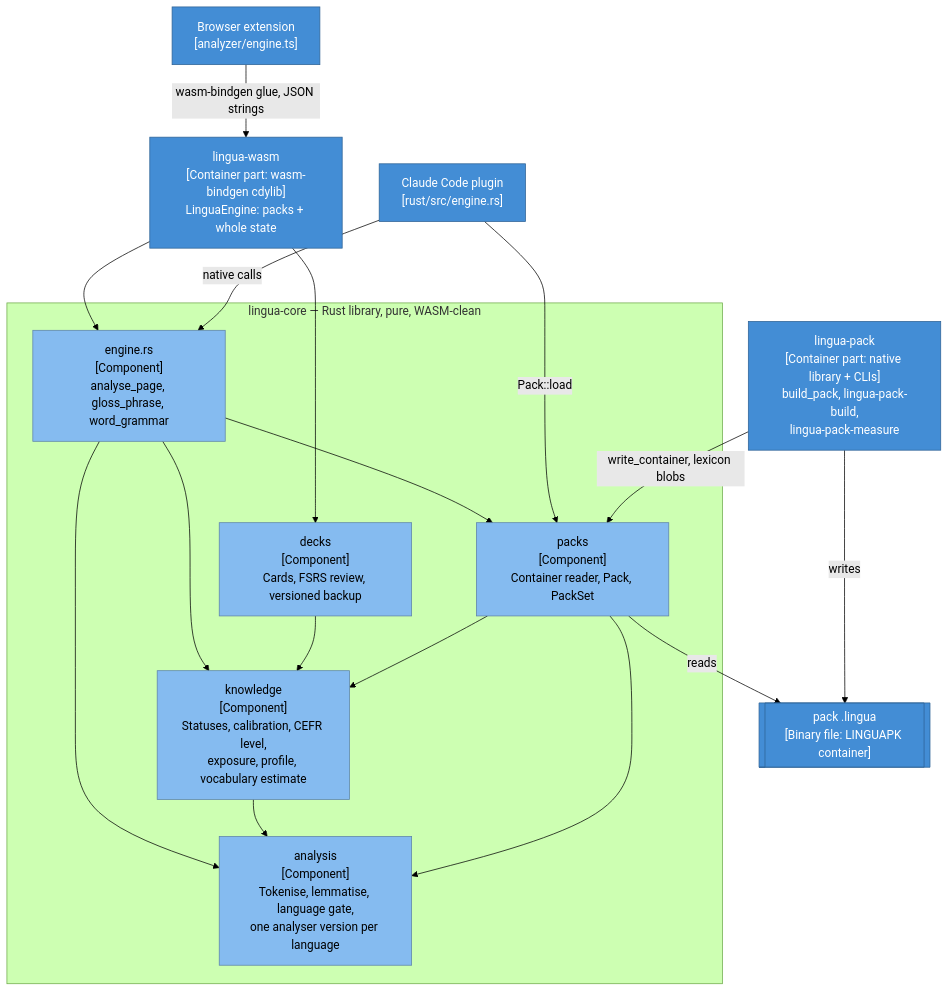
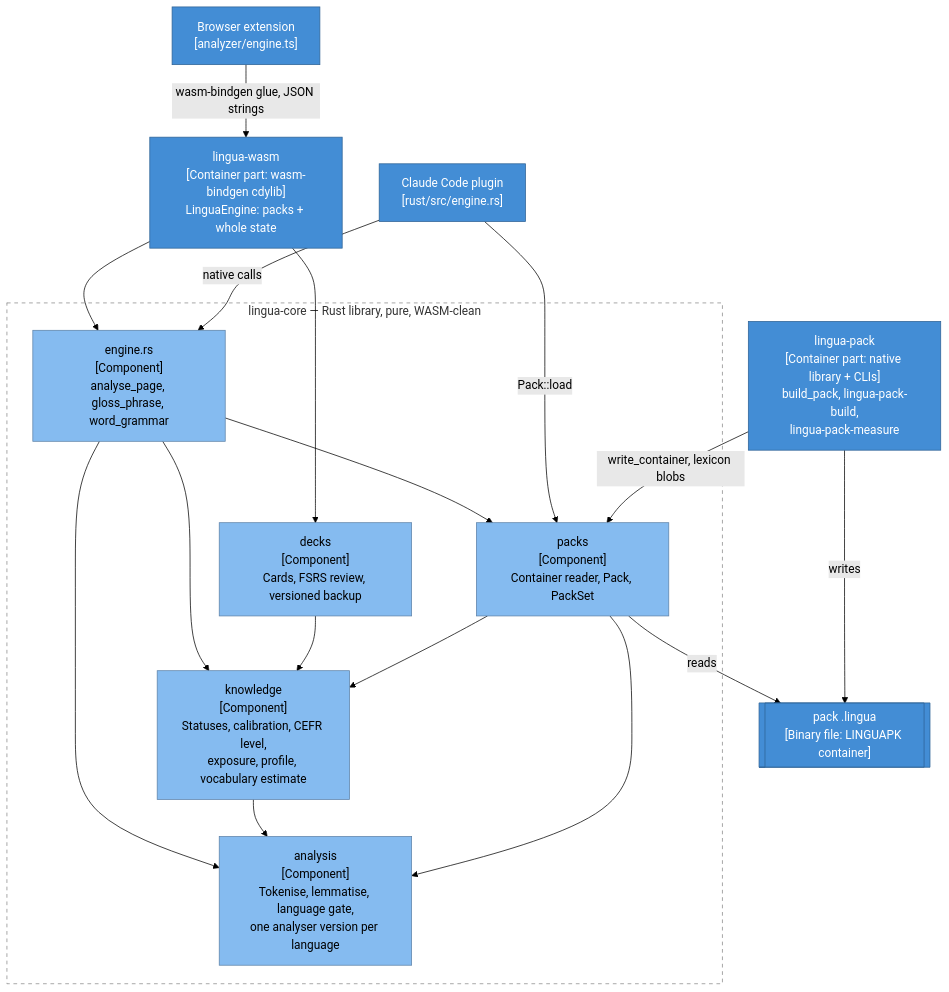
One commit to NEETROF/cymbra changed the seventh of 15 diagrams in docs/lingua/architecture.md. Above: the diagram before and after it, drawn with Mermaid (forest theme). The commit also changed other lines of this file and 1 other file, not shown here.

Commit message:
docs(lingua): link the architecture, dashed boundaries, accuracy fixes

````diff
--- a/docs/lingua/architecture.md
+++ b/docs/lingua/architecture.md
@@ -554,34 +564,35 @@
 ```mermaid
 flowchart TB
     subgraph core ["lingua-core — Rust library, pure, WASM-clean"]
         engine["engine.rs<br/>[Component]<br/>analyse_page, gloss_phrase, word_grammar"]:::component
         analysis["analysis<br/>[Component]<br/>Tokenise, lemmatise, language gate,<br/>one analyser version per language"]:::component
         knowledge["knowledge<br/>[Component]<br/>Statuses, calibration, CEFR level,<br/>exposure, profile, vocabulary estimate"]:::component
         decks["decks<br/>[Component]<br/>Cards, FSRS review, versioned backup"]:::component
         packs["packs<br/>[Component]<br/>Container reader, Pack, PackSet"]:::component
     end
     wasm["lingua-wasm<br/>[Container part: wasm-bindgen cdylib]<br/>LinguaEngine: packs + whole state"]:::container
     packcrate["lingua-pack<br/>[Container part: native library + CLIs]<br/>build_pack, lingua-pack-build,<br/>lingua-pack-measure"]:::container
     ext["Browser extension<br/>[analyzer/engine.ts]"]:::container
     agent["Claude Code plugin<br/>[rust/src/engine.rs]"]:::container
     file[["pack .lingua<br/>[Binary file: LINGUAPK container]"]]:::container
 
     engine --> analysis
     engine --> knowledge
     engine --> packs
     knowledge --> analysis
     decks --> knowledge
     packs --> analysis
     packs --> knowledge
     wasm --> engine
     wasm --> decks
     ext -- "wasm-bindgen glue, JSON strings" --> wasm
     agent -- "native calls" --> engine
     agent -- "Pack::load" --> packs
     packcrate -- "write_container, lexicon blobs" --> packs
     packcrate -- "writes" --> file
     packs -- "reads" --> file
 
     classDef container fill:#438dd5,stroke:#2e6295,color:#ffffff
     classDef component fill:#85bbf0,stroke:#5d82a8,color:#000000
+    style core fill:none,stroke:#888888,stroke-dasharray:5 5
 ```
````
